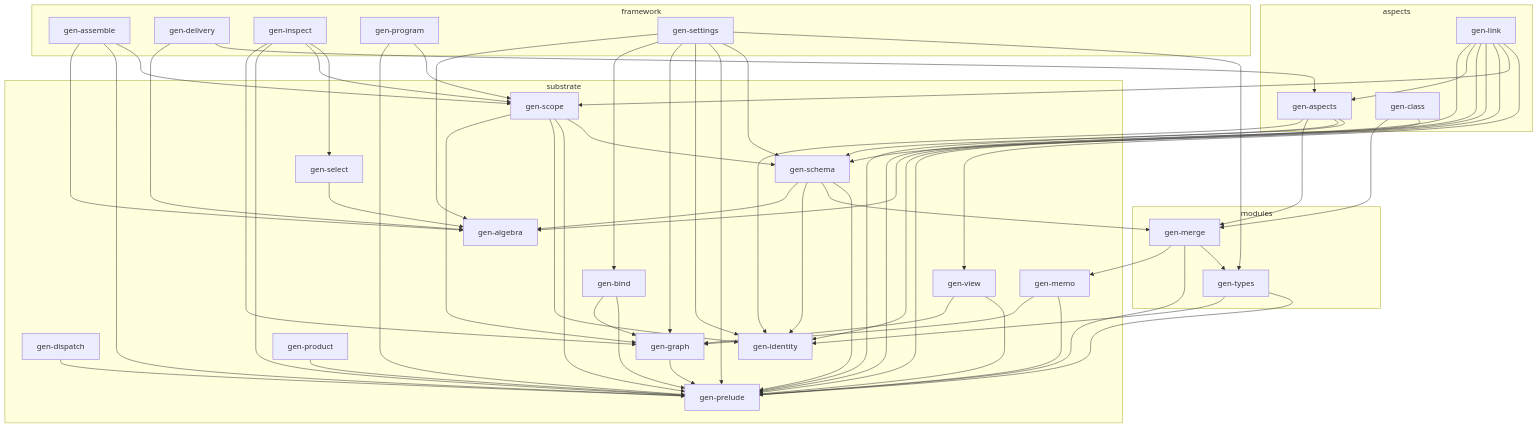
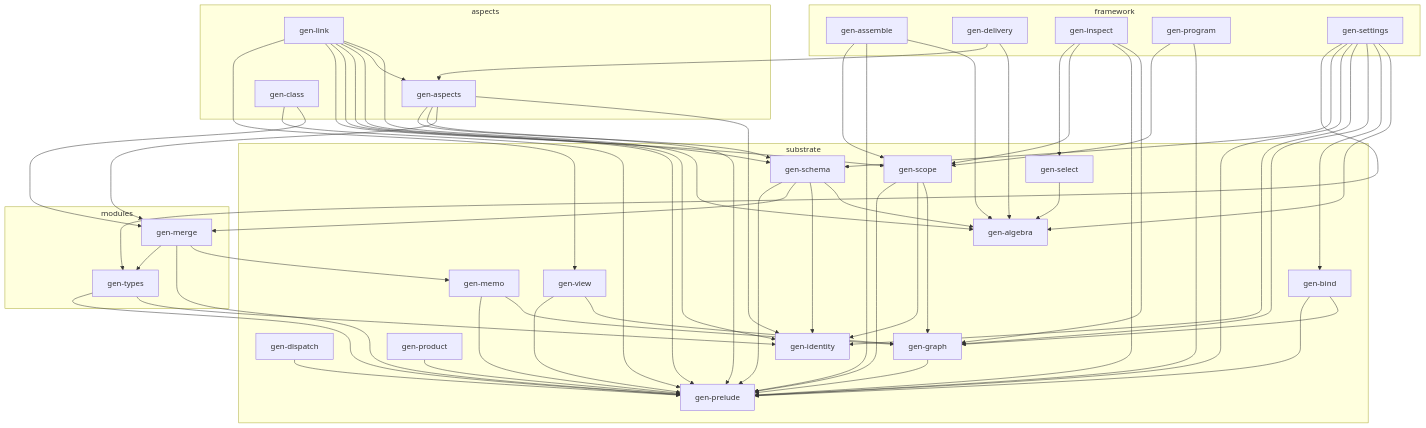
The first of 4 diagrams in ARCHITECTURE.md (sini/gen), drawn with Mermaid before and after one commit. The commit also changed 2 other files, not shown here.

```diff
--- a/ARCHITECTURE.md
+++ b/ARCHITECTURE.md
@@ -111,7 +111,6 @@
   gen_scope --> gen_graph
   gen_scope --> gen_identity
   gen_scope --> gen_prelude
-  gen_scope --> gen_schema
   gen_select --> gen_algebra
   gen_settings --> gen_algebra
   gen_settings --> gen_bind
```
